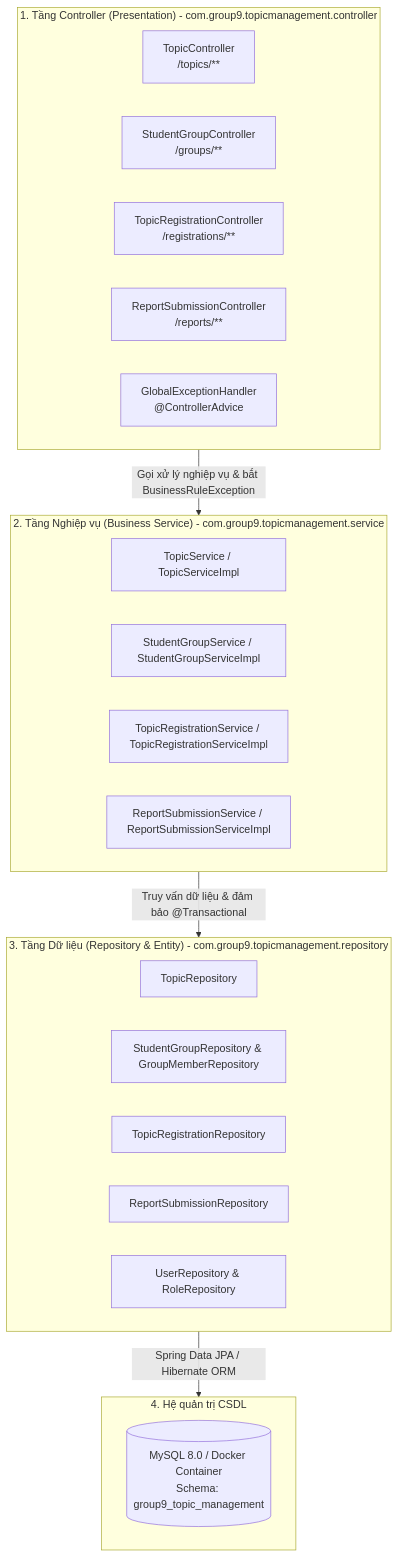
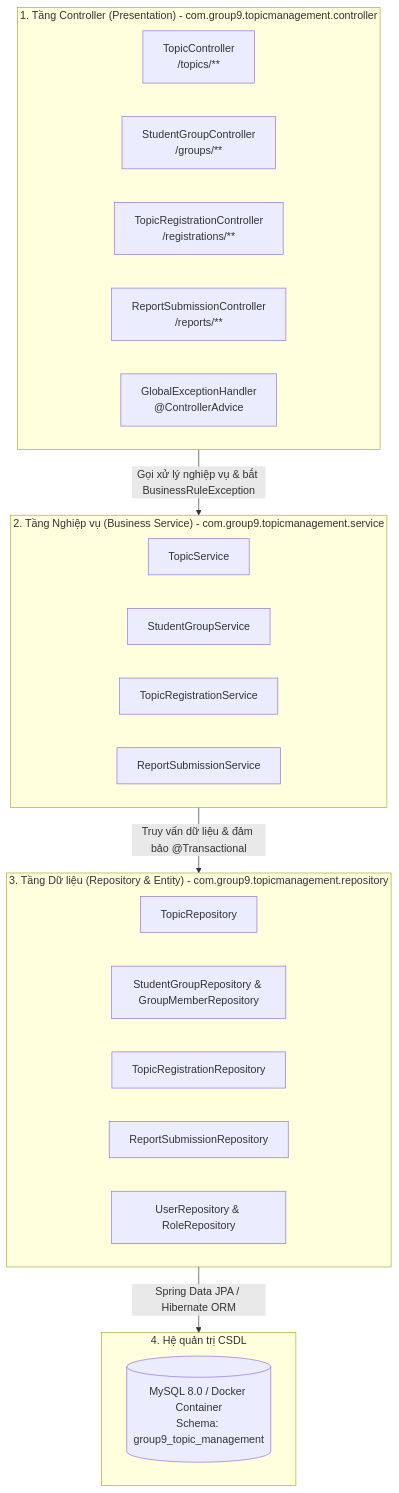
The second of 2 diagrams in docs/chapter-3.md (bowhitehat/Group9_24162035_24162053_24162065), drawn with Mermaid before and after one commit. The commit also changed other lines of this file and 18 other files, not shown here.

````diff
--- a/docs/chapter-3.md
+++ b/docs/chapter-3.md
@@ -81,33 +81,33 @@
 ```mermaid
 flowchart TD
     subgraph Presentation_Layer["1. Tầng Controller (Presentation) - com.group9.topicmanagement.controller"]
         TC["TopicController<br/>/topics/**"]
         SGC["StudentGroupController<br/>/groups/**"]
         TRC["TopicRegistrationController<br/>/registrations/**"]
         RSC["ReportSubmissionController<br/>/reports/**"]
         GEH["GlobalExceptionHandler<br/>@ControllerAdvice"]
     end
 
     subgraph Service_Layer["2. Tầng Nghiệp vụ (Business Service) - com.group9.topicmanagement.service"]
-        TS["TopicService / TopicServiceImpl"]
-        SGS["StudentGroupService / StudentGroupServiceImpl"]
-        TRS["TopicRegistrationService / TopicRegistrationServiceImpl"]
-        RSS["ReportSubmissionService / ReportSubmissionServiceImpl"]
+        TS["TopicService"]
+        SGS["StudentGroupService"]
+        TRS["TopicRegistrationService"]
+        RSS["ReportSubmissionService"]
     end
 
     subgraph Data_Layer["3. Tầng Dữ liệu (Repository & Entity) - com.group9.topicmanagement.repository"]
         TR["TopicRepository"]
         SGR["StudentGroupRepository & GroupMemberRepository"]
         TRR["TopicRegistrationRepository"]
         RSR["ReportSubmissionRepository"]
         UR["UserRepository & RoleRepository"]
     end
 
     subgraph Database["4. Hệ quản trị CSDL"]
         MySQL[("MySQL 8.0 / Docker Container<br/>Schema: group9_topic_management")]
     end
 
     Presentation_Layer -->|Gọi xử lý nghiệp vụ & bắt BusinessRuleException| Service_Layer
     Service_Layer -->|Truy vấn dữ liệu & đảm bảo @Transactional| Data_Layer
     Data_Layer -->|Spring Data JPA / Hibernate ORM| Database
 ```
````
